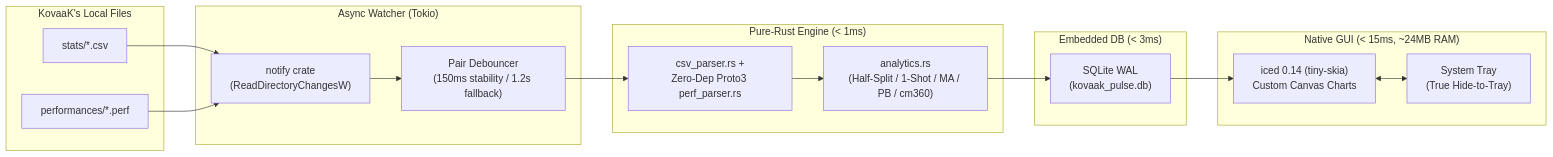
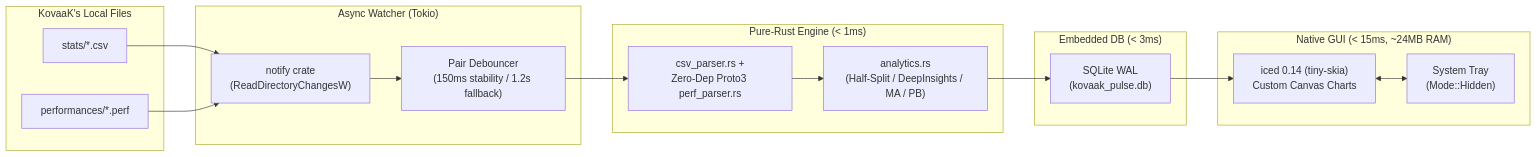
The diagram in README.md (b53v/KovaaK-Pulse), drawn with Mermaid before and after one commit. The commit also changed other lines of this file, not shown here.

````diff
--- a/README.md
+++ b/README.md
@@ -66,35 +52,35 @@
 ```mermaid
 flowchart LR
     subgraph KovaaK["KovaaK's Local Files"]
         CSV["stats/*.csv"]
         PERF["performances/*.perf"]
     end
 
     subgraph Watch["Async Watcher (Tokio)"]
         NOTIFY["notify crate\n(ReadDirectoryChangesW)"]
         DEBOUNCE["Pair Debouncer\n(150ms stability / 1.2s fallback)"]
         NOTIFY --> DEBOUNCE
     end
 
     subgraph Engine["Pure-Rust Engine (< 1ms)"]
         PARSERS["csv_parser.rs +\nZero-Dep Proto3 perf_parser.rs"]
-        ANAL["analytics.rs\n(Half-Split / 1-Shot / MA / PB / cm360)"]
+        ANAL["analytics.rs\n(Half-Split / DeepInsights / MA / PB)"]
         PARSERS --> ANAL
     end
 
     subgraph Store["Embedded DB (< 3ms)"]
         SQLITE["SQLite WAL\n(kovaak_pulse.db)"]
     end
 
     subgraph UI["Native GUI (< 15ms, ~24MB RAM)"]
         ICED["iced 0.14 (tiny-skia)\nCustom Canvas Charts"]
-        TRAY["System Tray\n(True Hide-to-Tray)"]
+        TRAY["System Tray\n(Mode::Hidden)"]
     end
 
     CSV --> NOTIFY
     PERF --> NOTIFY
     DEBOUNCE --> PARSERS
     ANAL --> SQLITE
     SQLITE --> ICED
     ICED <--> TRAY
 ```
````
